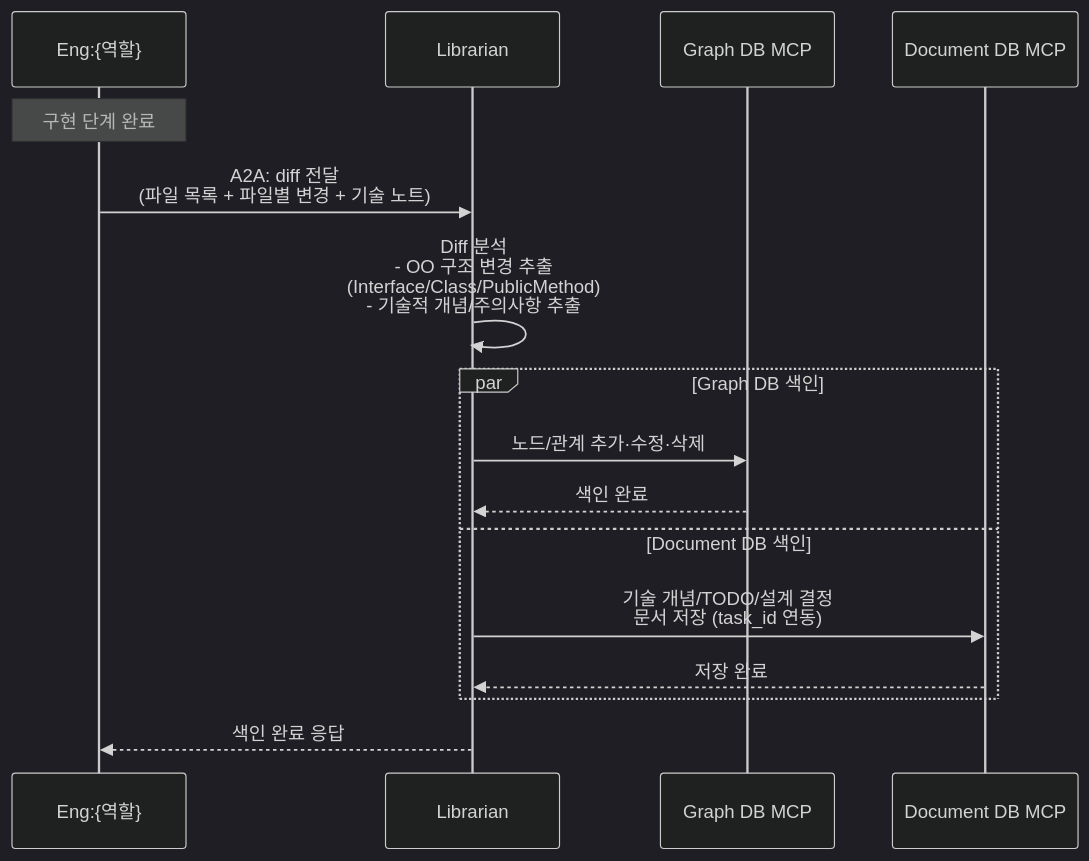
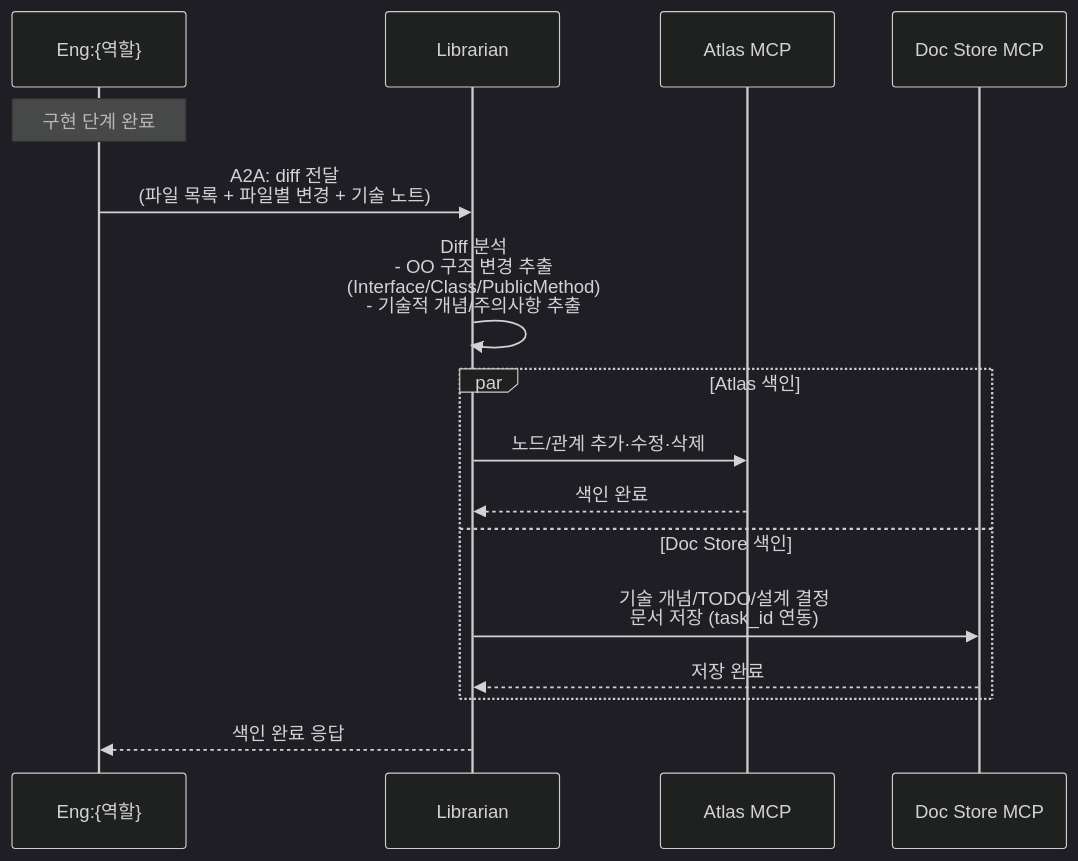
One commit to vonkernel/dev-team changed the fifth of 13 diagrams in docs/proposal.md. Above: the diagram before and after it, drawn with Mermaid (dark theme). The commit also changed other lines of this file and 82 other files, not shown here.

First line of the commit message:
chore: 추상화 명명 일관성 — doc store / atlas / collection_name + ABC SQL 분리 (#55) (#56)

````diff
--- a/docs/proposal.md
+++ b/docs/proposal.md
@@ -709,22 +709,22 @@
 ```mermaid
 sequenceDiagram
     participant Eng as Eng:{역할}
     participant L as Librarian
-    participant GraphMCP as Graph DB MCP
-    participant DocMCP as Document DB MCP
+    participant GraphMCP as Atlas MCP
+    participant DocMCP as Doc Store MCP
 
     Note over Eng: 구현 단계 완료
     Eng->>L: A2A: diff 전달<br/>(파일 목록 + 파일별 변경 + 기술 노트)
 
     L->>L: Diff 분석<br/>- OO 구조 변경 추출<br/>(Interface/Class/PublicMethod)<br/>- 기술적 개념/주의사항 추출
 
-    par Graph DB 색인
+    par Atlas 색인
         L->>GraphMCP: 노드/관계 추가·수정·삭제
         GraphMCP-->>L: 색인 완료
-    and Document DB 색인
+    and Doc Store 색인
         L->>DocMCP: 기술 개념/TODO/설계 결정<br/>문서 저장 (task_id 연동)
         DocMCP-->>L: 저장 완료
     end
 
     L-->>Eng: 색인 완료 응답
 ```
````
